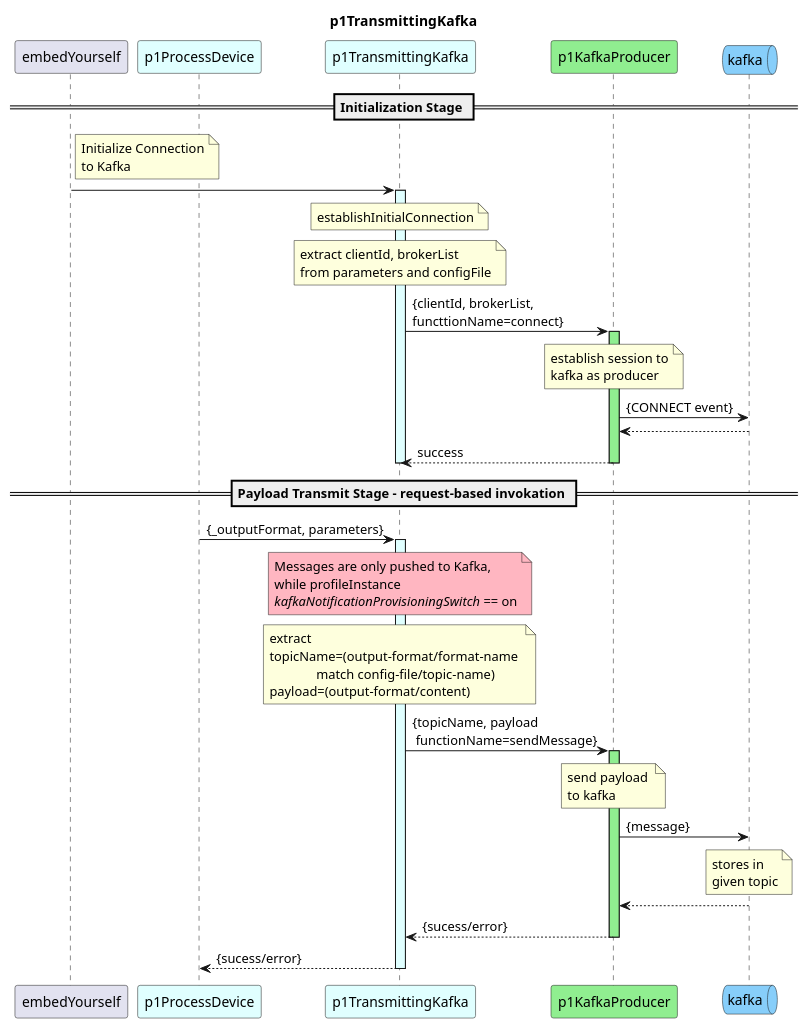
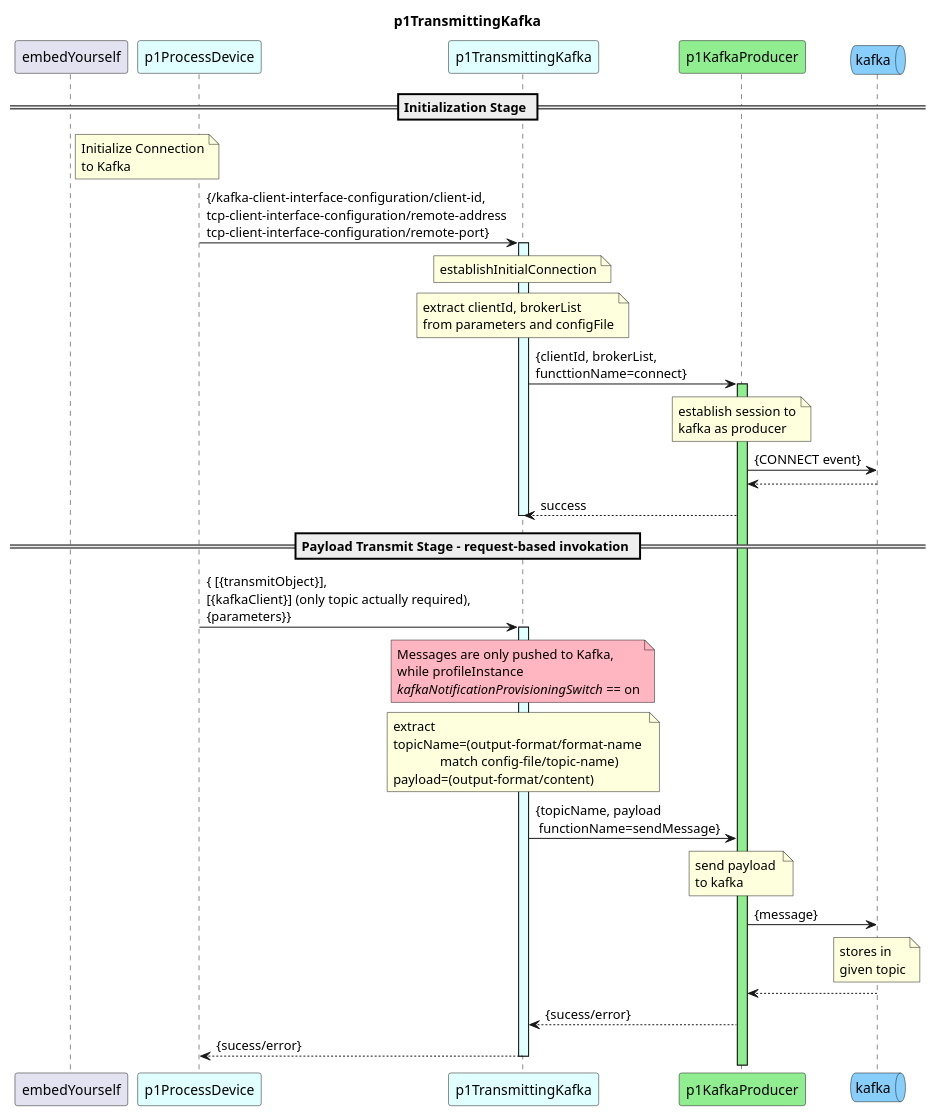
One commit to openBackhaul/DevicePerformanceManagementDataProcessor changed the diagram in spec/Functions/specificFunctions/p1StreamPmData/p1ProcessDevice/p1TransmittingKafka/1.0.0/p1TransmittingKafka.plantuml. Above: the diagram before and after it, drawn with PlantUML. The commit also changed 3 other files, not shown here.

```diff
--- a/spec/Functions/specificFunctions/p1StreamPmData/p1ProcessDevice/p1TransmittingKafka/1.0.0/p1TransmittingKafka.plantuml
+++ b/spec/Functions/specificFunctions/p1StreamPmData/p1ProcessDevice/p1TransmittingKafka/1.0.0/p1TransmittingKafka.plantuml
@@ -1,87 +1,84 @@
 @startuml p1TransmittingKafka
 skinparam responseMessageBelowArrow true
 
 title
 p1TransmittingKafka
 end title
 
 participant "embedYourself" as embed
 participant "p1ProcessDevice" as p1ProPm #LightCyan
 participant "p1TransmittingKafka" as p1Trans #LightCyan
 participant "p1KafkaProducer" as p1KafkaP #LightGreen
 queue "kafka" as kafka #LightSkyBlue
 
 == Initialization Stage ==
 note right embed
 Initialize Connection
 to Kafka
 end note
 
-embed -> p1Trans
+p1ProPm -> p1Trans : {/kafka-client-interface-configuration/client-id,\ntcp-client-interface-configuration/remote-address\ntcp-client-interface-configuration/remote-port}
 
 activate p1Trans #LightCyan
 
 note over p1Trans
 establishInitialConnection
 end note
 
 note over p1Trans
 extract clientId, brokerList 
 from parameters and configFile
 end note
 
 p1Trans -> p1KafkaP : {clientId, brokerList, \nfuncttionName=connect}
 activate p1KafkaP #LightGreen
 
 note over p1KafkaP
 establish session to
 kafka as producer
 end note
 p1KafkaP -> kafka : {CONNECT event}
 kafka --> p1KafkaP
 p1KafkaP --> p1Trans : success
 
-deactivate p1KafkaP
-
 deactivate p1Trans
 
 == Payload Transmit Stage - request-based invokation == 
-p1ProPm -> p1Trans : {_outputFormat, parameters}
+p1ProPm -> p1Trans : { [{transmitObject}],\n[{kafkaClient}] (only topic actually required),\n{parameters}}
 activate p1Trans #LightCyan
 
 note over p1Trans#LightPink
   Messages are only pushed to Kafka,
   while profileInstance
   <i>kafkaNotificationProvisioningSwitch</i> == on
 end note
 
 note over p1Trans
 extract 
 topicName=(output-format/format-name 
               match config-file/topic-name)
 payload=(output-format/content)
 end note
 
 p1Trans -> p1KafkaP : {topicName, payload \n functionName=sendMessage}
-activate p1KafkaP #LightGreen
+
 note over p1KafkaP
 send payload 
 to kafka
 end note
 
 p1KafkaP -> kafka : {message}
 note over kafka
 stores in 
 given topic
 end note
 
 kafka --> p1KafkaP
 
 p1KafkaP --> p1Trans : {sucess/error}
 
-deactivate p1KafkaP
 
 p1Trans --> p1ProPm : {sucess/error}
 deactivate p1Trans
 
 @enduml
```
